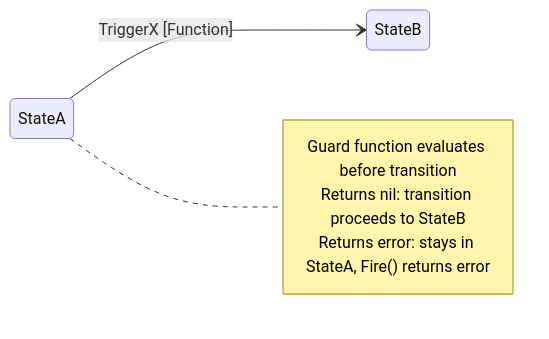
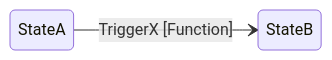
Before and after one commit to atlekbai/stateless: the third of 9 diagrams in README.md, drawn with Mermaid. The commit also changed other lines of this file, not shown here.

````diff
--- a/README.md
+++ b/README.md
@@ -135,11 +133,5 @@
 ```mermaid
 stateDiagram-v2
     direction LR
     StateA --> StateB: TriggerX [Function]
-
-    note right of StateA
-        Guard function evaluates before transition
-        Returns nil: transition proceeds to StateB
-        Returns error: stays in StateA, Fire() returns error
-    end note
 ```
````
